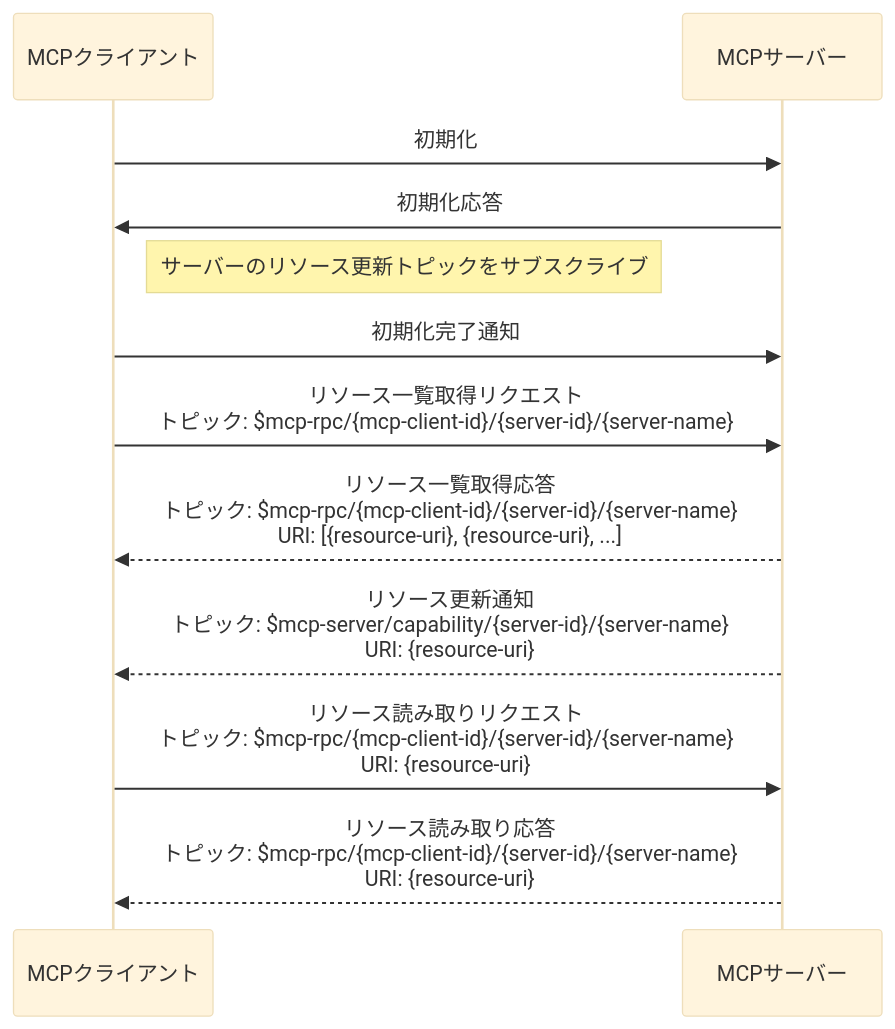
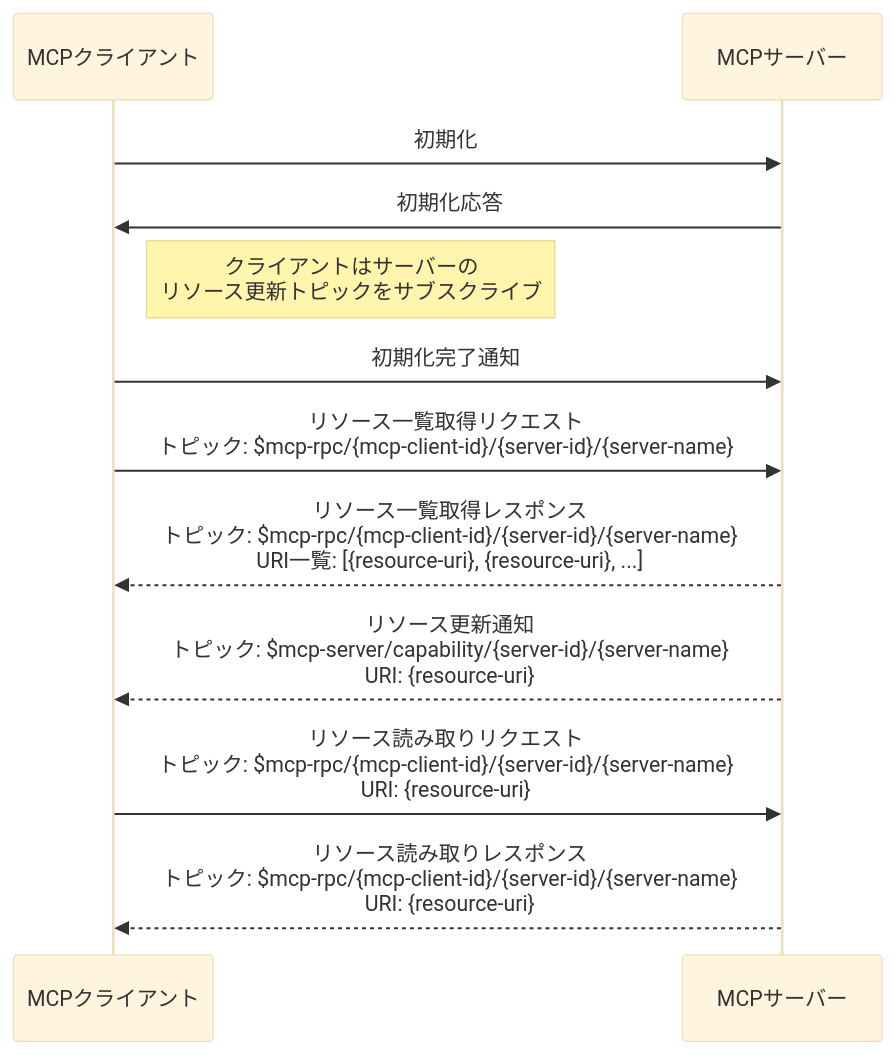
Before and after one commit to emqx/emqx-docs: the fourth of 4 diagrams in ja_JP/emqx-ai/mcp-over-mqtt/specification.md, drawn with Mermaid (base theme). The commit also changed other lines of this file and 75 other files, not shown here.

````diff
--- a/ja_JP/emqx-ai/mcp-over-mqtt/specification.md
+++ b/ja_JP/emqx-ai/mcp-over-mqtt/specification.md
@@ -360,20 +363,20 @@
 ```mermaid
 sequenceDiagram
     participant MCP_Client as MCPクライアント
     participant MCP_Server as MCPサーバー
 
     MCP_Client ->> MCP_Server: 初期化
     MCP_Server ->> MCP_Client: 初期化応答
-    Note right of MCP_Client: サーバーのリソース更新トピックをサブスクライブ
+    Note right of MCP_Client: クライアントはサーバーの<br/>リソース更新トピックをサブスクライブ
     MCP_Client ->> MCP_Server: 初期化完了通知
 
     MCP_Client ->> MCP_Server: リソース一覧取得リクエスト<br/>トピック: $mcp-rpc/{mcp-client-id}/{server-id}/{server-name}
 
-    MCP_Server -->> MCP_Client: リソース一覧取得応答<br/>トピック: $mcp-rpc/{mcp-client-id}/{server-id}/{server-name}<br/>URI: [{resource-uri}, {resource-uri}, ...]
+    MCP_Server -->> MCP_Client: リソース一覧取得レスポンス<br/>トピック: $mcp-rpc/{mcp-client-id}/{server-id}/{server-name}<br/>URI一覧: [{resource-uri}, {resource-uri}, ...]
 
     MCP_Server -->> MCP_Client: リソース更新通知<br/>トピック: $mcp-server/capability/{server-id}/{server-name}<br/>URI: {resource-uri}
 
     MCP_Client ->> MCP_Server: リソース読み取りリクエスト<br/>トピック: $mcp-rpc/{mcp-client-id}/{server-id}/{server-name}<br/>URI: {resource-uri}
 
-    MCP_Server -->> MCP_Client: リソース読み取り応答<br/>トピック: $mcp-rpc/{mcp-client-id}/{server-id}/{server-name}<br/>URI: {resource-uri}
+    MCP_Server -->> MCP_Client: リソース読み取りレスポンス<br/>トピック: $mcp-rpc/{mcp-client-id}/{server-id}/{server-name}<br/>URI: {resource-uri}
 ```
````
